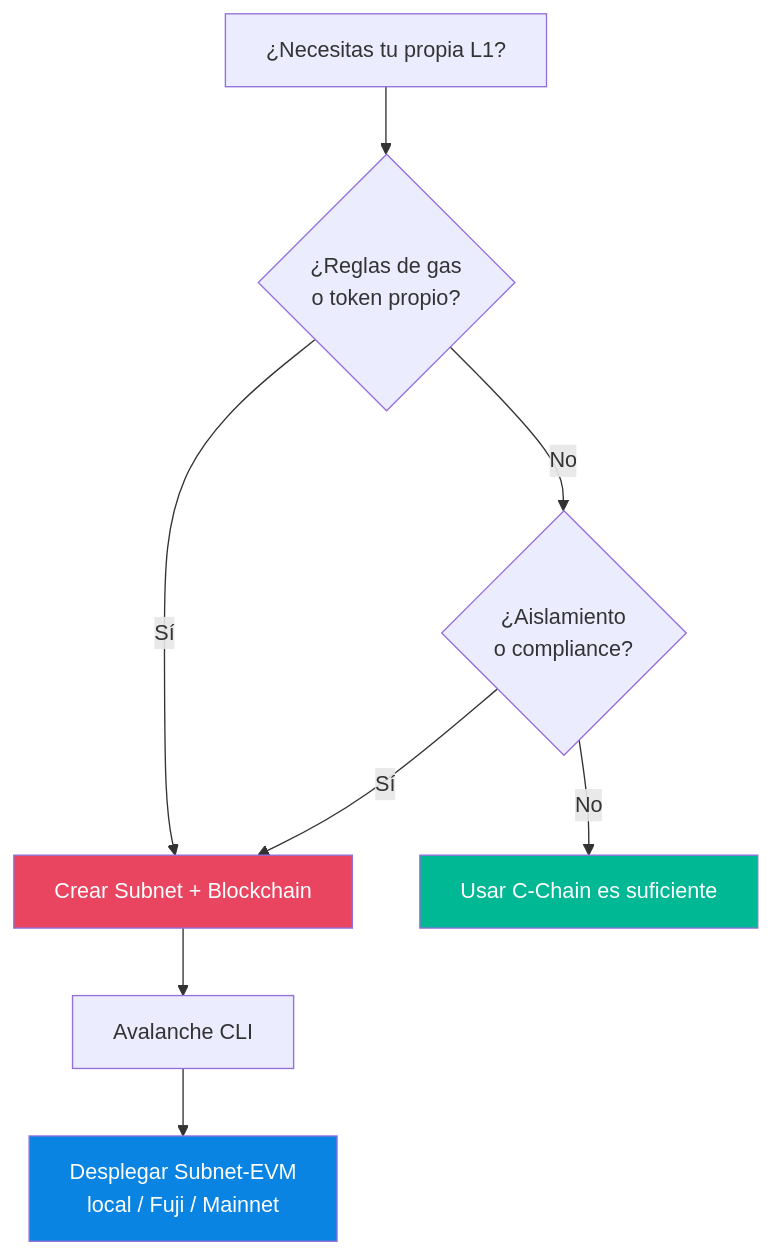
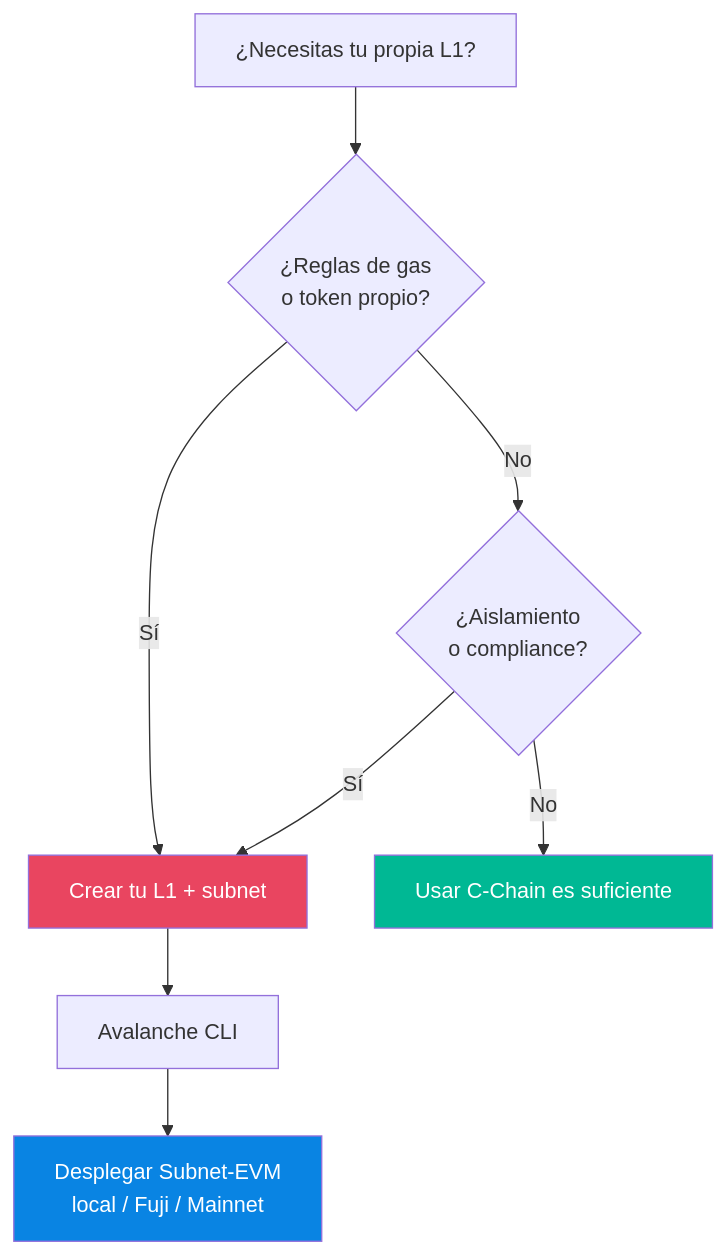
The third of 8 diagrams in semana-2/01-subnets-avalanche9000.md (MarxMad/Avax-Guide), drawn with Mermaid before and after one commit. The commit also changed other lines of this file and 10 other files, not shown here.

````diff
--- a/semana-2/01-subnets-avalanche9000.md
+++ b/semana-2/01-subnets-avalanche9000.md
@@ -92,15 +94,15 @@
 ```mermaid
 flowchart TD
     Start[¿Necesitas tu propia L1?] --> Q1{¿Reglas de gas<br/>o token propio?}
-    Q1 -->|Sí| Subnet[Crear Subnet + Blockchain]
+    Q1 -->|Sí| L1[Crear tu L1 + subnet]
     Q1 -->|No| Q2{¿Aislamiento<br/>o compliance?}
-    Q2 -->|Sí| Subnet
+    Q2 -->|Sí| L1
     Q2 -->|No| CChain[Usar C-Chain es suficiente]
 
-    Subnet --> CLI[Avalanche CLI]
+    L1 --> CLI[Avalanche CLI]
     CLI --> Deploy[Desplegar Subnet-EVM<br/>local / Fuji / Mainnet]
 
-    style Subnet fill:#e94560,color:#fff
+    style L1 fill:#e94560,color:#fff
     style CChain fill:#00b894,color:#fff
     style Deploy fill:#0984e3,color:#fff
 ```
````
